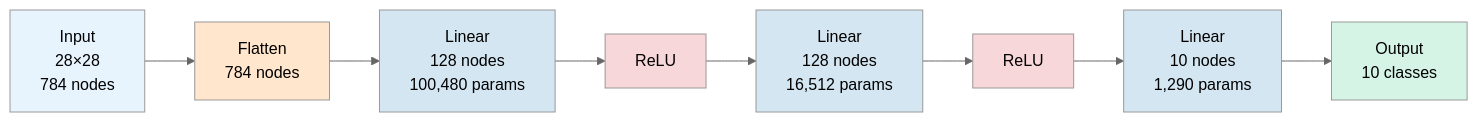
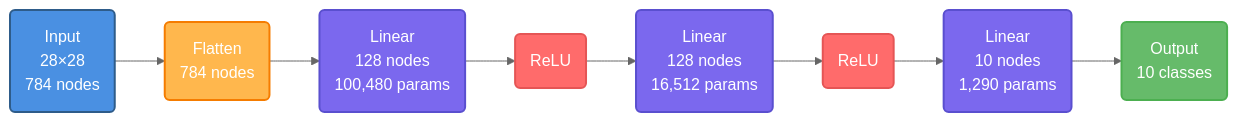
Before and after one commit to lattemalta/mnist_tutorial: the first of 2 diagrams in README.md, drawn with Mermaid (neutral theme). The commit also changed other lines of this file, not shown here.

First line of the commit message:
Mermaid図をダークモード対応・丸みのあるデザインに改善

````diff
--- a/README.md
+++ b/README.md
@@ -47,22 +47,22 @@
 ```mermaid
-graph LR
-    A[Input<br/>28×28<br/>784 nodes] --> B[Flatten<br/>784 nodes]
-    B --> C[Linear<br/>128 nodes<br/>100,480 params]
-    C --> D[ReLU]
-    D --> E[Linear<br/>128 nodes<br/>16,512 params]
-    E --> F[ReLU]
-    F --> G[Linear<br/>10 nodes<br/>1,290 params]
-    G --> H[Output<br/>10 classes]
+flowchart LR
+    A(Input<br/>28×28<br/>784 nodes) --> B(Flatten<br/>784 nodes)
+    B --> C(Linear<br/>128 nodes<br/>100,480 params)
+    C --> D(ReLU)
+    D --> E(Linear<br/>128 nodes<br/>16,512 params)
+    E --> F(ReLU)
+    F --> G(Linear<br/>10 nodes<br/>1,290 params)
+    G --> H(Output<br/>10 classes)
     
-    classDef input fill:#E8F4FD
-    classDef linear fill:#D4E6F1
-    classDef activation fill:#F8D7DA
-    classDef flatten fill:#FFE6CC
-    classDef output fill:#D5F4E6
+    classDef input fill:#4A90E2,stroke:#2E5C8A,stroke-width:2px,color:#FFFFFF
+    classDef linear fill:#7B68EE,stroke:#5A4FCF,stroke-width:2px,color:#FFFFFF
+    classDef activation fill:#FF6B6B,stroke:#E55555,stroke-width:2px,color:#FFFFFF
+    classDef flatten fill:#FFB74D,stroke:#F57C00,stroke-width:2px,color:#FFFFFF
+    classDef output fill:#66BB6A,stroke:#4CAF50,stroke-width:2px,color:#FFFFFF
     
     class A input
     class B flatten
     class C,E,G linear
     class D,F activation
     class H output
 ```
````
